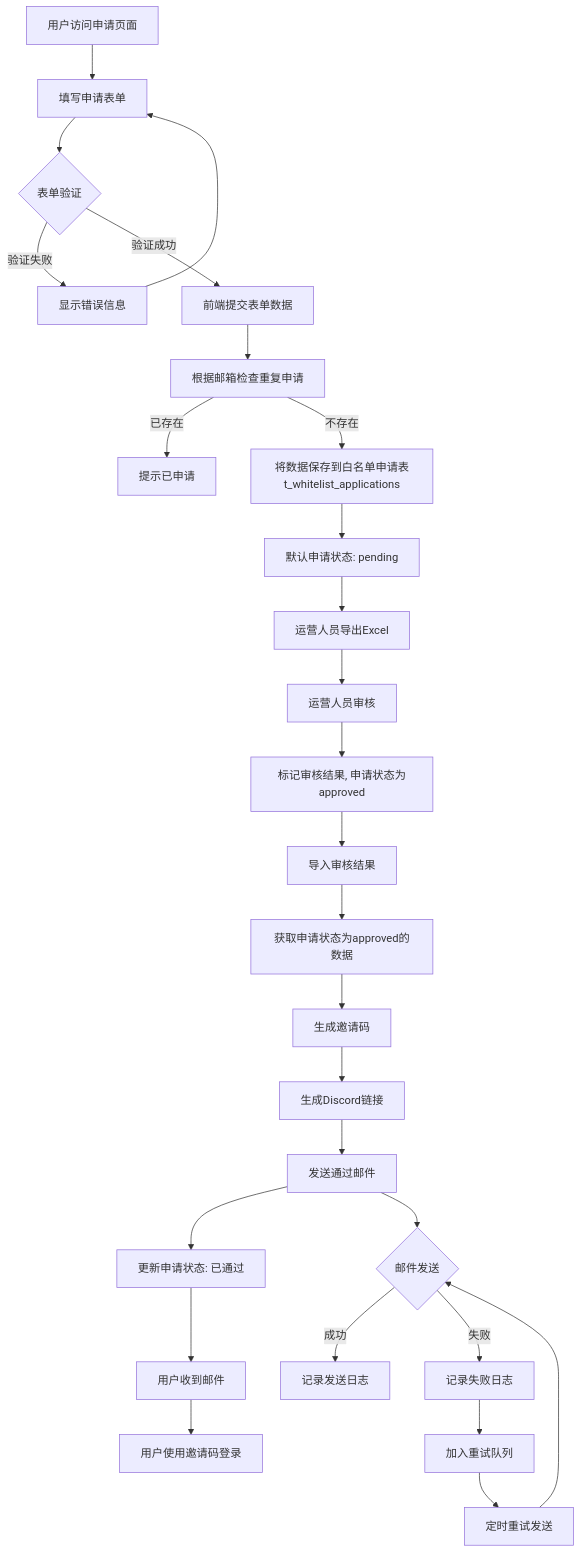
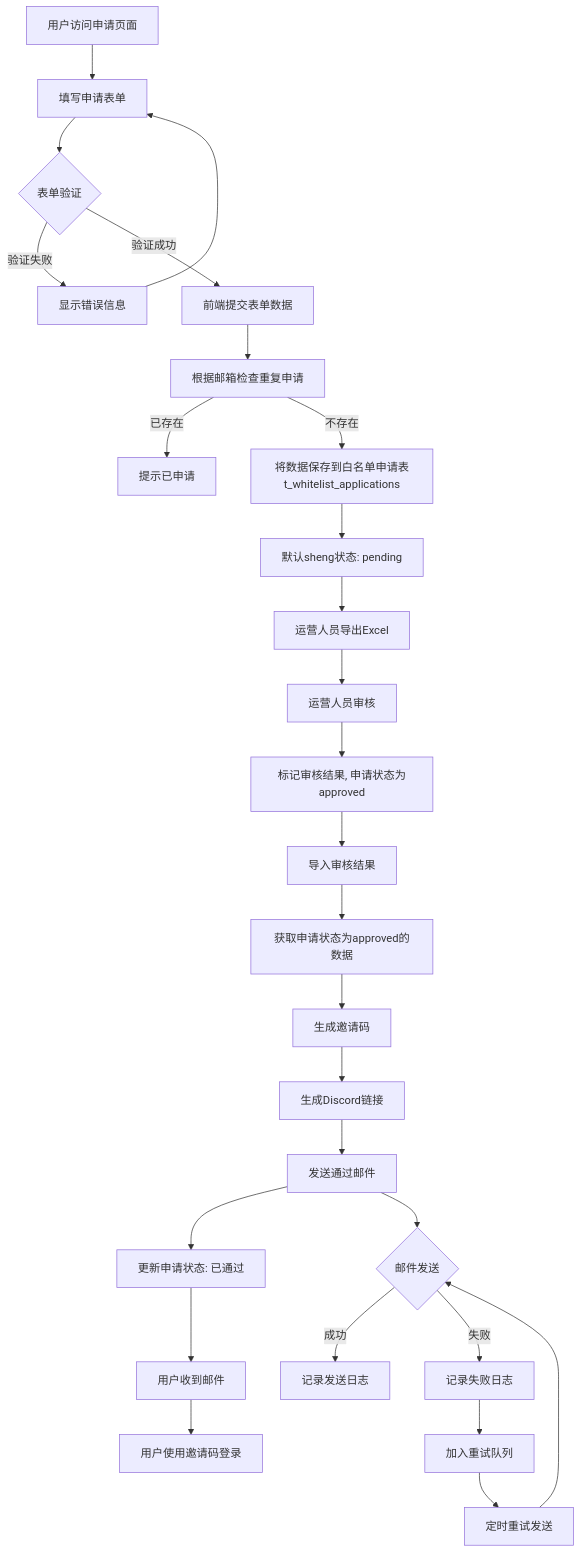
The diagram in all/未命名-69.md (yingjianzh/iodraw-files), drawn with Mermaid before and after one commit.

Commit message:
2025-07-03 10:31:37 update

````diff
--- a/all/未命名-69.md
+++ b/all/未命名-69.md
@@ -1,33 +1,32 @@
 ```mermaid
 flowchart TD
     A[用户访问申请页面] --> B[填写申请表单]
     B --> C{表单验证}
     C -->|验证失败| D[显示错误信息]
     D --> B
     C -->|验证成功| E[前端提交表单数据]
     E -->E1[根据邮箱检查重复申请]
     E1 -->|已存在| F[提示已申请]
     E1 -->|不存在| G[将数据保存到白名单申请表t_whitelist_applications]
-    G --> H[默认申请状态: pending]
+    G --> H[默认sheng状态: pending]
     
     H --> I[运营人员导出Excel]
     I --> J[运营人员审核]
     J --> K[标记审核结果, 申请状态为approved]
     K --> L[导入审核结果]
     L --> M[获取申请状态为approved的数据]
-
     M --> N[生成邀请码]
     N --> O[生成Discord链接]
     O --> P[发送通过邮件]
     P --> Q[更新申请状态: 已通过]
     
     P --> T{邮件发送}
     T -->|成功| U[记录发送日志]
     T -->|失败| V[记录失败日志]
     V --> W[加入重试队列]
     W --> X[定时重试发送]
     X --> T
     
     Q --> Y[用户收到邮件]
     Y --> Z[用户使用邀请码登录]
 ```
````
